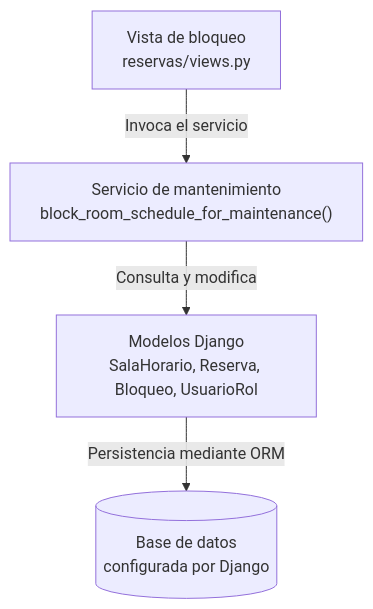
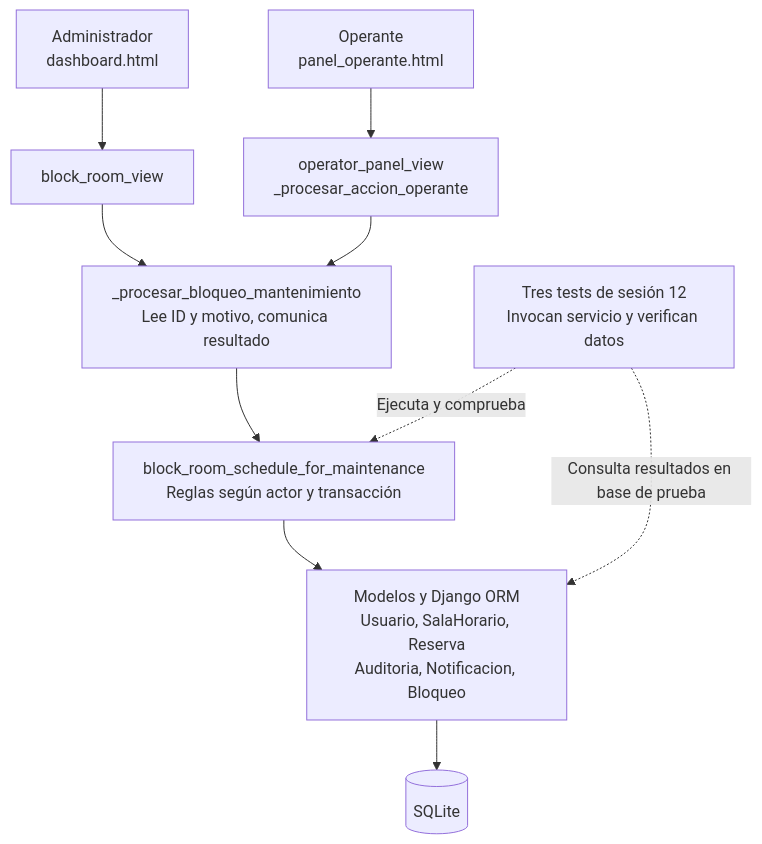
The diagram in docs/sesion-12-arquitectura.md (Sebas0032/SalaMandra), drawn with Mermaid before and after one commit. The commit also changed other lines of this file and 11 other files, not shown here.

Commit message:
Update architecture and test traceability documentation, reorganize use cases, fix diagrams, expand interaction flows, restore weekday-only reservations, consolidate redundant tests, and remove obsolete diagram images

````diff
--- a/docs/sesion-12-arquitectura.md
+++ b/docs/sesion-12-arquitectura.md
@@ -98,13 +64,21 @@
 ```mermaid
-
 flowchart TD
-    V["Vista de bloqueo<br/>reservas/views.py"]
-    S["Servicio de mantenimiento<br/>block_room_schedule_for_maintenance()"]
-    M["Modelos Django<br/>SalaHorario, Reserva, Bloqueo, UsuarioRol"]
-    DB[("Base de datos<br/>configurada por Django")]
-
-    V -->|"Invoca el servicio"| S
-    S -->|"Consulta y modifica"| M
-    M -->|"Persistencia mediante ORM"| DB
-
+    A["Administrador<br/>dashboard.html"]
+    O["Operante<br/>panel_operante.html"]
+    AV["block_room_view"]
+    OV["operator_panel_view<br/>_procesar_accion_operante"]
+    P["_procesar_bloqueo_mantenimiento<br/>Lee ID y motivo, comunica resultado"]
+    S["block_room_schedule_for_maintenance<br/>Reglas según actor y transacción"]
+    M["Modelos y Django ORM<br/>Usuario, SalaHorario, Reserva<br/>Auditoria, Notificacion, Bloqueo"]
+    DB[("SQLite")]
+    T["Tres tests de sesión 12<br/>Invocan servicio y verifican datos"]
+    A --> AV
+    O --> OV
+    AV --> P
+    OV --> P
+    P --> S
+    S --> M
+    M --> DB
+    T -.->|"Ejecuta y comprueba"| S
+    T -.->|"Consulta resultados en base de prueba"| M
 ```
````
